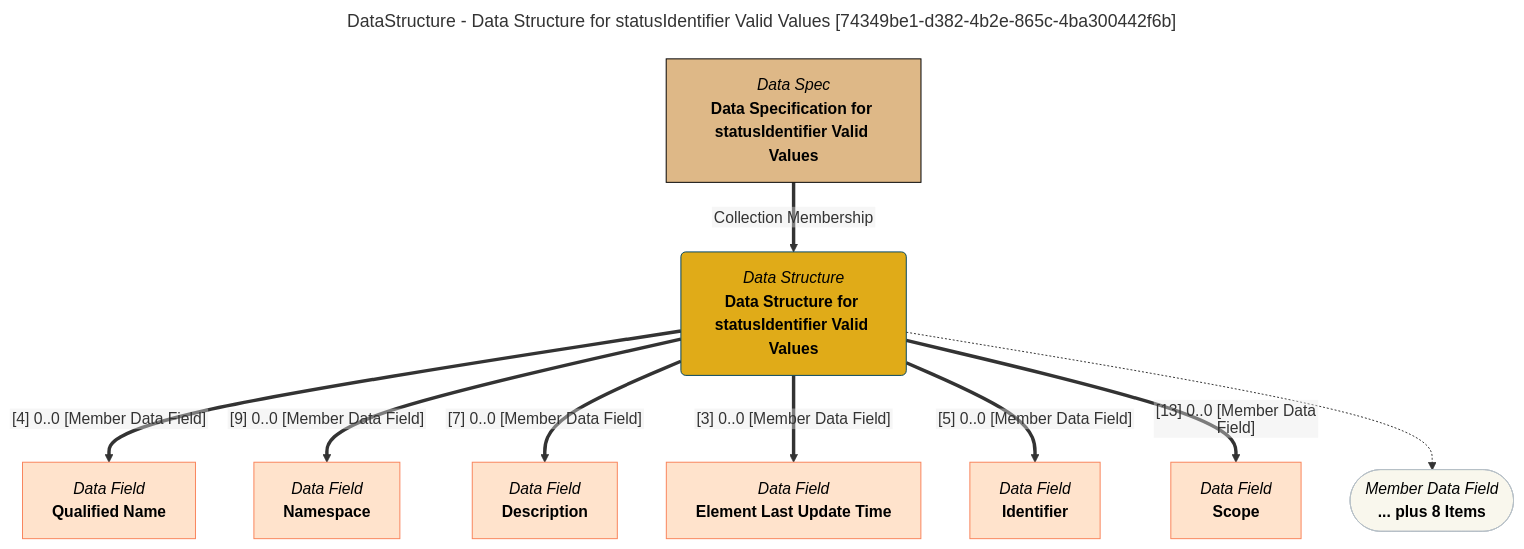
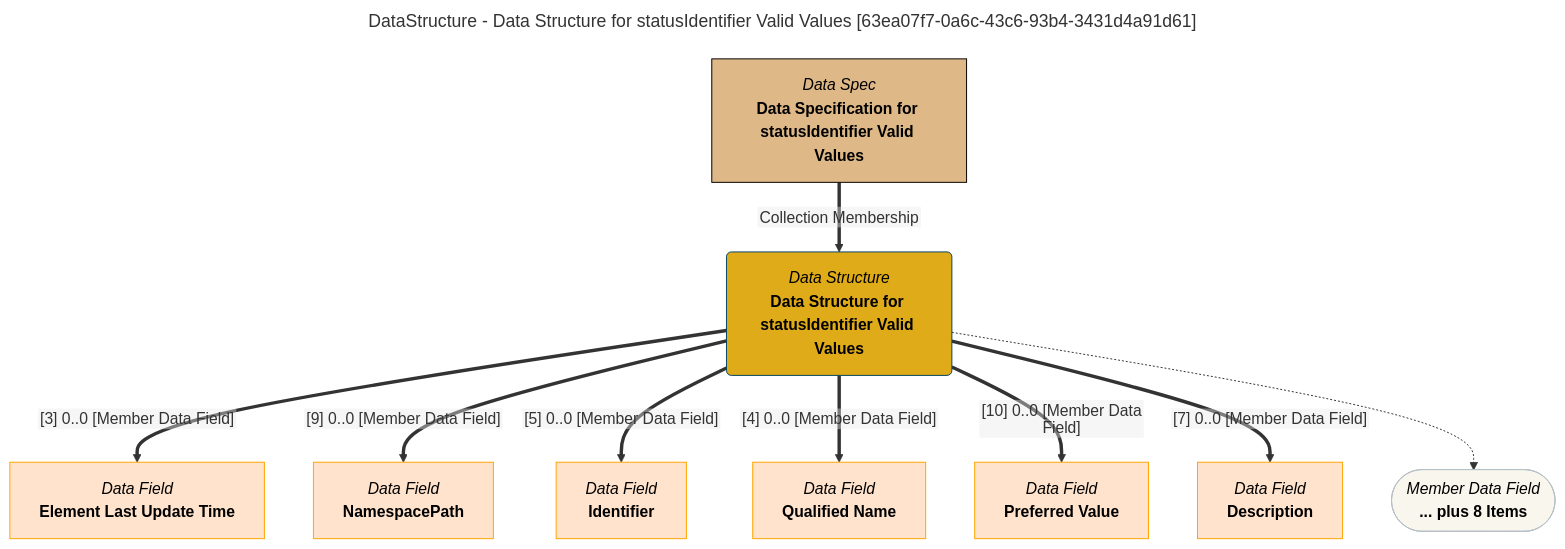
The diagram in site/snippets/data-structures/data-structure-for-statusidentifier-valid-values-mermaid-graph.md (odpi/egeria-docs), drawn with Mermaid before and after one commit. The commit also changed 2201 other files, not shown here.

````diff
--- a/site/snippets/data-structures/data-structure-for-statusidentifier-valid-values-mermaid-graph.md
+++ b/site/snippets/data-structures/data-structure-for-statusidentifier-valid-values-mermaid-graph.md
@@ -1,43 +1,43 @@
 ```mermaid
 ---
-title: DataStructure - Data Structure for statusIdentifier Valid Values [74349be1-d382-4b2e-865c-4ba300442f6b]
+title: DataStructure - Data Structure for statusIdentifier Valid Values [63ea07f7-0a6c-43c6-93b4-3431d4a91d61]
 ---
 flowchart TD
 %%{init: {"flowchart": {"htmlLabels": false}} }%%
 
 1@{ shape: rounded, label: "*Data Structure*
 **Data Structure for statusIdentifier Valid Values**"}
 2@{ shape: rect, label: "*Data Spec*
 **Data Specification for statusIdentifier Valid Values**"}
 2==>|"Collection Membership"|1
 3@{ shape: rect, label: "*Data Field*
-**Qualified Name**"}
-1==>|"[4] 0..0 [Member Data Field]"|3
+**Element Last Update Time**"}
+1==>|"[3] 0..0 [Member Data Field]"|3
 4@{ shape: rect, label: "*Data Field*
-**Namespace**"}
+**NamespacePath**"}
 1==>|"[9] 0..0 [Member Data Field]"|4
 5@{ shape: rect, label: "*Data Field*
+**Identifier**"}
+1==>|"[5] 0..0 [Member Data Field]"|5
+6@{ shape: rect, label: "*Data Field*
+**Qualified Name**"}
+1==>|"[4] 0..0 [Member Data Field]"|6
+7@{ shape: rect, label: "*Data Field*
+**Preferred Value**"}
+1==>|"[10] 0..0 [Member Data Field]"|7
+8@{ shape: rect, label: "*Data Field*
 **Description**"}
-1==>|"[7] 0..0 [Member Data Field]"|5
-6@{ shape: rect, label: "*Data Field*
-**Element Last Update Time**"}
-1==>|"[3] 0..0 [Member Data Field]"|6
-7@{ shape: rect, label: "*Data Field*
-**Identifier**"}
-1==>|"[5] 0..0 [Member Data Field]"|7
-8@{ shape: rect, label: "*Data Field*
-**Scope**"}
-1==>|"[13] 0..0 [Member Data Field]"|8
+1==>|"[7] 0..0 [Member Data Field]"|8
 9@{ shape: stadium, label: "*Member Data Field*
 **... plus 8 Items**"}
 1-.->9
 style 1 color:#000000, fill:#e0ab18, stroke:#004563
-style 2 color:#000000, fill:#deb887, stroke:#000000
-style 3 color:#000000, fill:#ffe3cc, stroke:#f9845b
-style 4 color:#000000, fill:#ffe3cc, stroke:#f9845b
-style 5 color:#000000, fill:#ffe3cc, stroke:#f9845b
-style 6 color:#000000, fill:#ffe3cc, stroke:#f9845b
-style 7 color:#000000, fill:#ffe3cc, stroke:#f9845b
-style 8 color:#000000, fill:#ffe3cc, stroke:#f9845b
+style 2 color:#000000, fill:#DEB887, stroke:#000000
+style 3 color:#000000, fill:#ffe3cc, stroke:#FFA500
+style 4 color:#000000, fill:#ffe3cc, stroke:#FFA500
+style 5 color:#000000, fill:#ffe3cc, stroke:#FFA500
+style 6 color:#000000, fill:#ffe3cc, stroke:#FFA500
+style 7 color:#000000, fill:#ffe3cc, stroke:#FFA500
+style 8 color:#000000, fill:#ffe3cc, stroke:#FFA500
 style 9 color:#000000, fill:#F9F7ED, stroke:#b7c0c7
 ```
````
